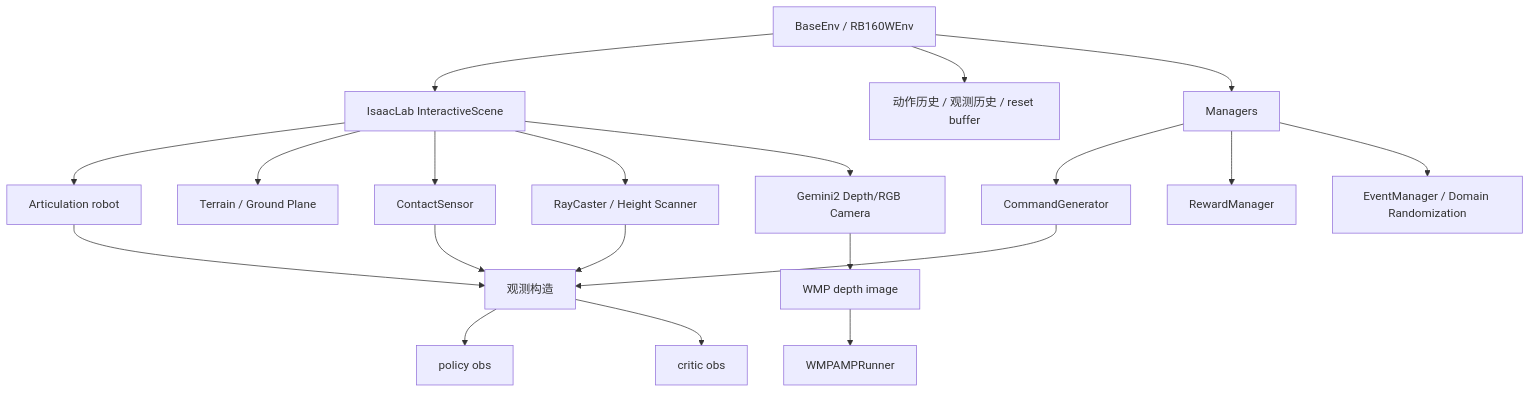
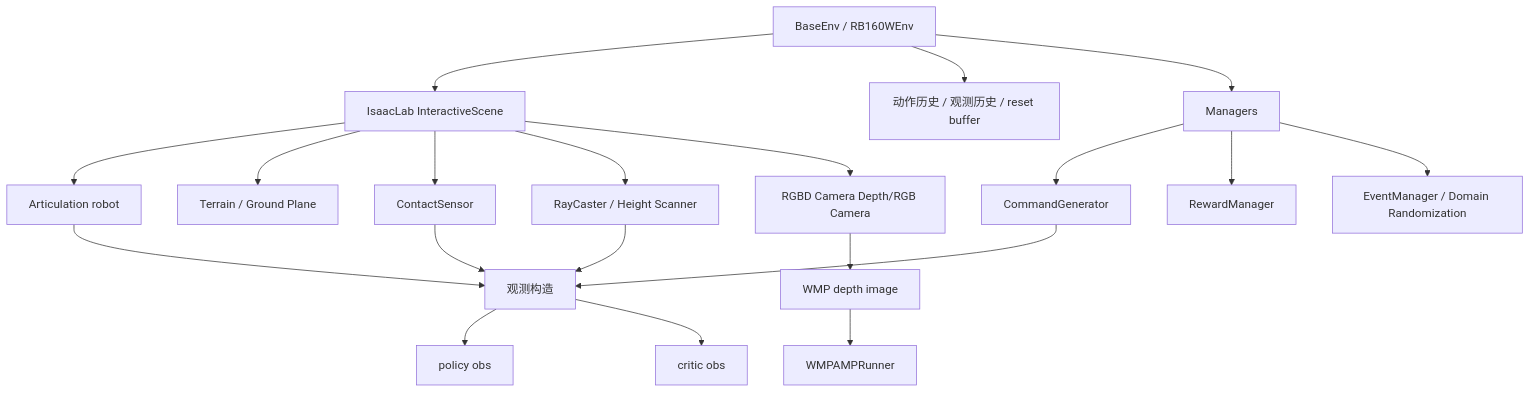
One commit to mr-cheng111/LeggedLab changed the fifth of 7 diagrams in SYSTEM_ARCHITECTURE.md. Above: the diagram before and after it, drawn with Mermaid. The commit also changed other lines of this file and 40 other files, not shown here.

````diff
--- a/SYSTEM_ARCHITECTURE.md
+++ b/SYSTEM_ARCHITECTURE.md
@@ -137,26 +137,26 @@
 ```mermaid
 flowchart TB
     Env[BaseEnv / RB160WEnv] --> Scene[IsaacLab InteractiveScene]
     Env --> Buffers[动作历史 / 观测历史 / reset buffer]
     Env --> Managers[Managers]
 
     Scene --> Robot[Articulation robot]
     Scene --> Terrain[Terrain / Ground Plane]
     Scene --> Contact[ContactSensor]
     Scene --> Ray[RayCaster / Height Scanner]
-    Scene --> Camera[Gemini2 Depth/RGB Camera]
+    Scene --> Camera[RGBD Camera Depth/RGB Camera]
 
     Managers --> Command[CommandGenerator]
     Managers --> Reward[RewardManager]
     Managers --> Event[EventManager / Domain Randomization]
 
     Robot --> Obs[观测构造]
     Contact --> Obs
     Command --> Obs
     Ray --> Obs
     Camera --> WMPObs[WMP depth image]
 
     Obs --> PolicyObs[policy obs]
     Obs --> CriticObs[critic obs]
     WMPObs --> WMPRunner[WMPAMPRunner]
 ```
````
